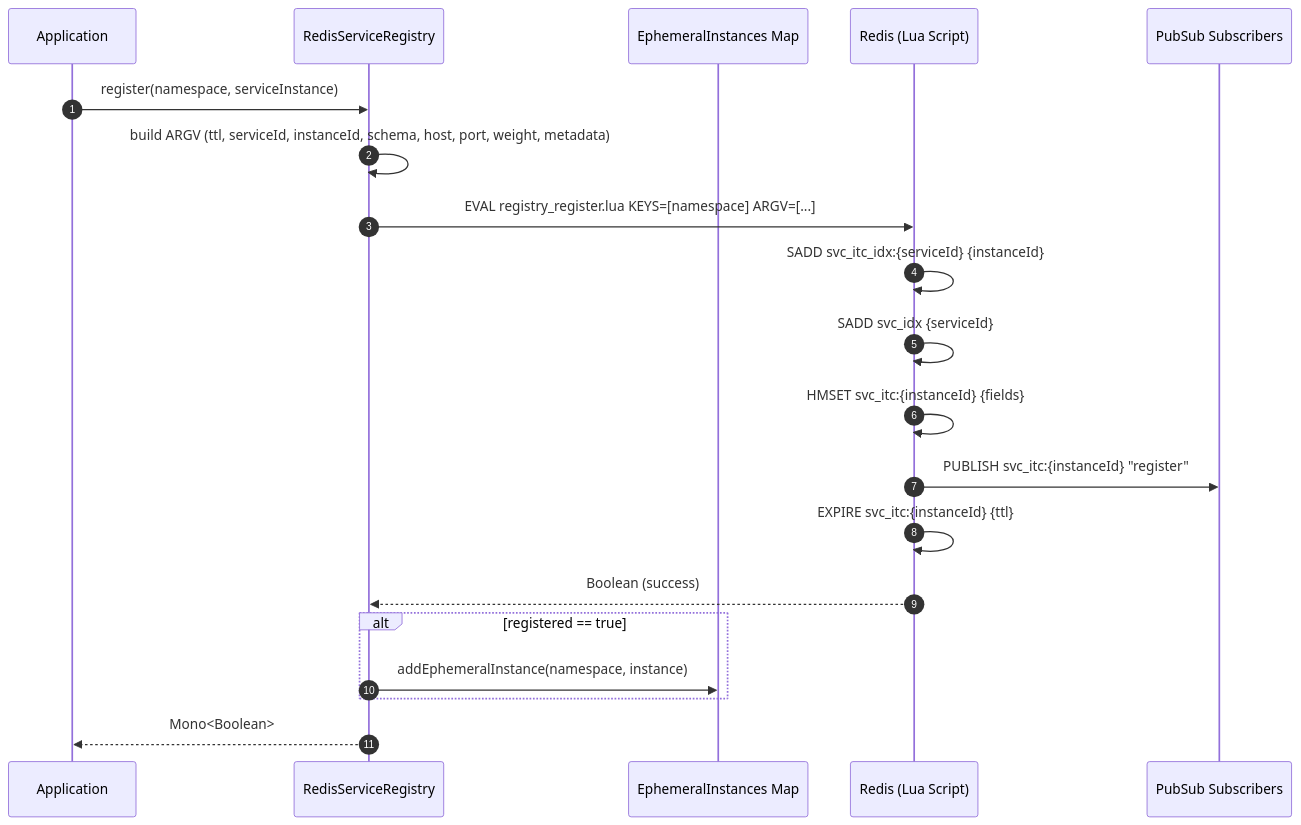
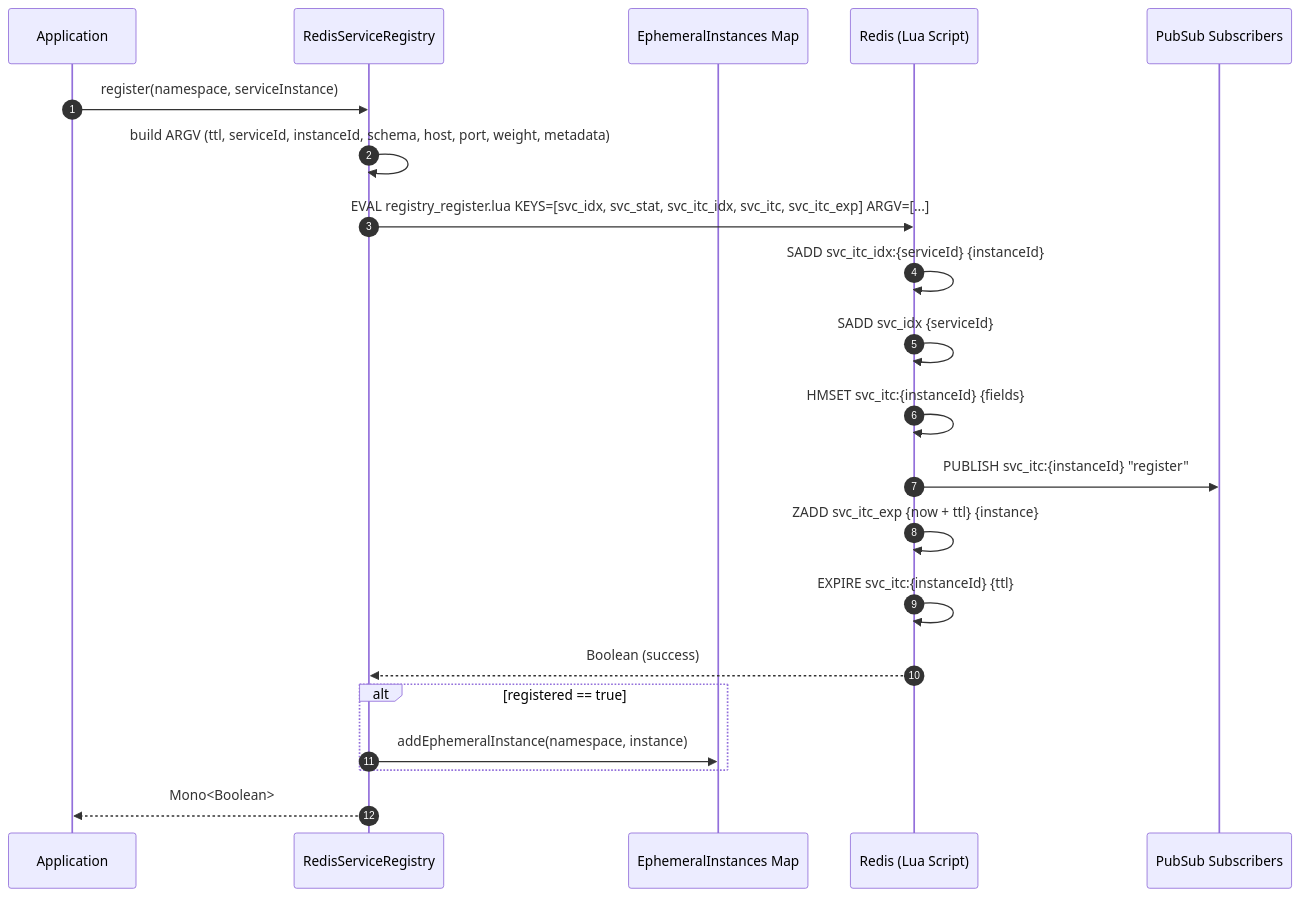
The first of 4 diagrams in wiki/guide/service-registry.md (Ahoo-Wang/CoSky), drawn with Mermaid before and after one commit. The commit also changed other lines of this file and 201 other files, not shown here.

First line of the commit message:
Architecture & quality overhaul: consistent caches, Lua modularization, expiry reaping, security hardening (#985)

````diff
--- a/wiki/guide/service-registry.md
+++ b/wiki/guide/service-registry.md
@@ -119,23 +126,24 @@
 ```mermaid
 sequenceDiagram
     autonumber
     participant App as Application
     participant SR as RedisServiceRegistry
     participant EMap as EphemeralInstances Map
     participant Redis as Redis (Lua Script)
     participant Sub as PubSub Subscribers
 
     App->>SR: register(namespace, serviceInstance)
     SR->>SR: build ARGV (ttl, serviceId, instanceId, schema, host, port, weight, metadata)
-    SR->>Redis: EVAL registry_register.lua KEYS=[namespace] ARGV=[...]
+    SR->>Redis: EVAL registry_register.lua KEYS=[svc_idx, svc_stat, svc_itc_idx, svc_itc, svc_itc_exp] ARGV=[...]
     Redis->>Redis: SADD svc_itc_idx:{serviceId} {instanceId}
     Redis->>Redis: SADD svc_idx {serviceId}
     Redis->>Redis: HMSET svc_itc:{instanceId} {fields}
     Redis->>Sub: PUBLISH svc_itc:{instanceId} "register"
+    Redis->>Redis: ZADD svc_itc_exp {now + ttl} {instance}
     Redis->>Redis: EXPIRE svc_itc:{instanceId} {ttl}
     Redis-->>SR: Boolean (success)
     alt registered == true
         SR->>EMap: addEphemeralInstance(namespace, instance)
     end
     SR-->>App: Mono<Boolean>
 ```
````
